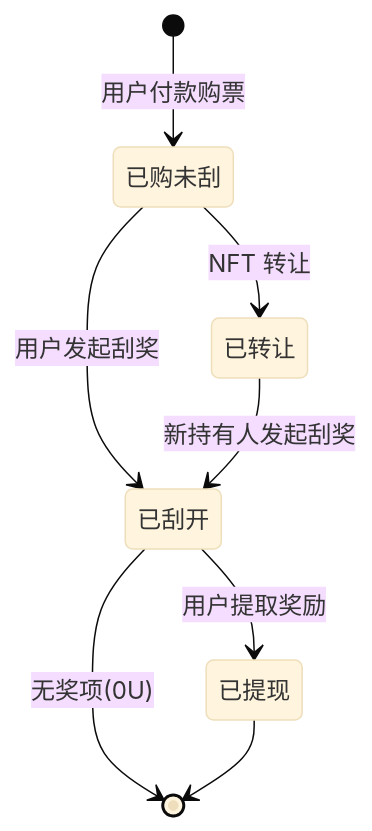
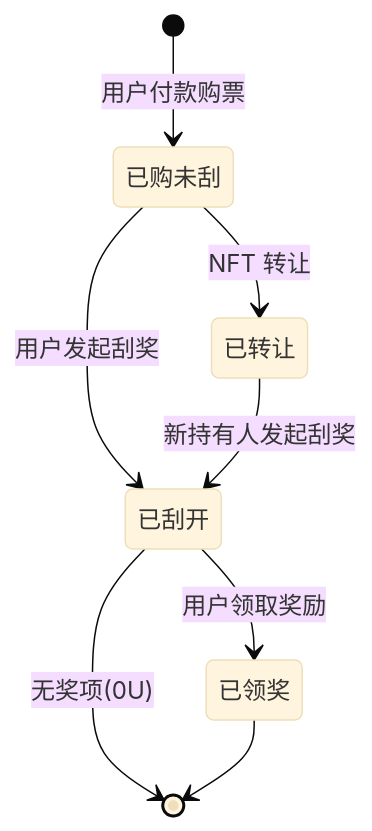
Before and after one commit to BreakOrbit/LuckyScratch: the second of 7 diagrams in doc/detailed-design.md, drawn with Mermaid (base theme). The commit also changed other lines of this file and 1 other file, not shown here.

````diff
--- a/doc/detailed-design.md
+++ b/doc/detailed-design.md
@@ -504,10 +523,10 @@
 ```mermaid
 stateDiagram-v2
     [*] --> 已购未刮: 用户付款购票
     已购未刮 --> 已刮开: 用户发起刮奖
     已购未刮 --> 已转让: NFT 转让
     已转让 --> 已刮开: 新持有人发起刮奖
-    已刮开 --> 已提现: 用户提取奖励
+    已刮开 --> 已领奖: 用户领取奖励
     已刮开 --> [*]: 无奖项(0U)
-    已提现 --> [*]
+    已领奖 --> [*]
 ```
````
